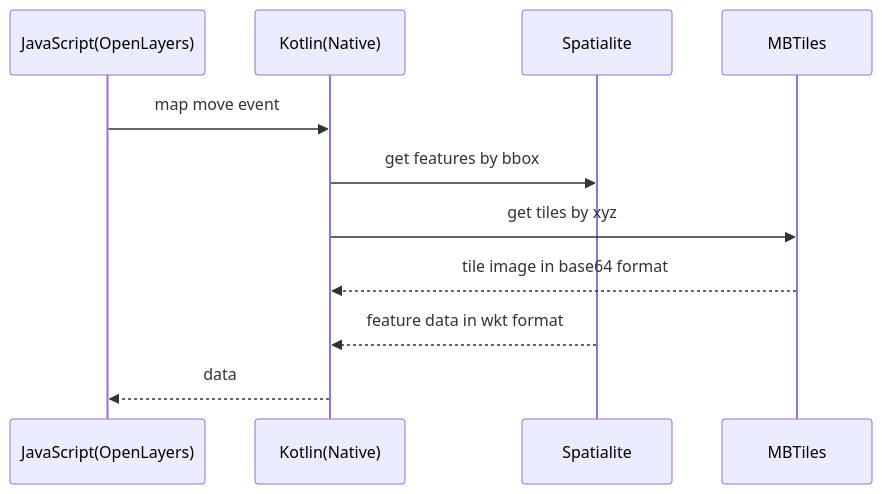
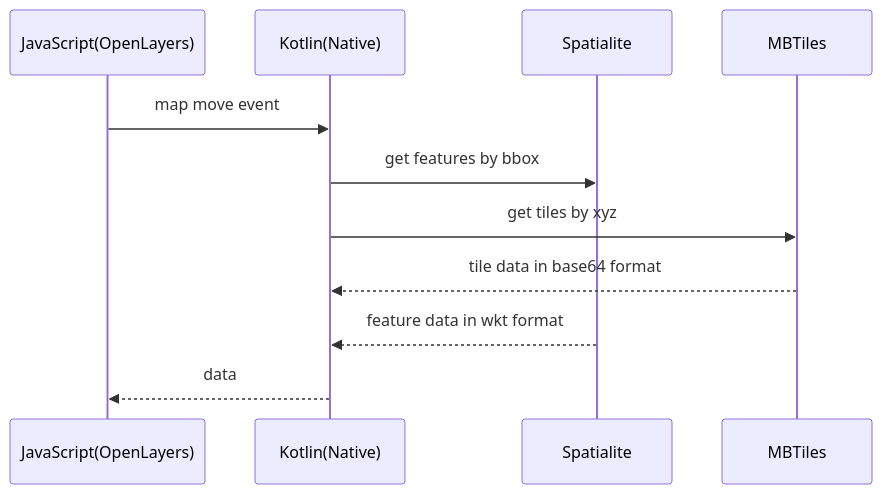
The diagram in README.md (MSBilgin/Spatialite-MBTiles-OpenLayers-Javascript-Kotlin), drawn with Mermaid before and after one commit.

````diff
--- a/README.md
+++ b/README.md
@@ -5,9 +5,9 @@
 ```mermaid
 sequenceDiagram
 JavaScript(OpenLayers) ->> Kotlin(Native): map move event
 Kotlin(Native)->>Spatialite: get features by bbox
 Kotlin(Native)->>MBTiles: get tiles by xyz
-MBTiles-->>Kotlin(Native): tile image in base64 format
+MBTiles-->>Kotlin(Native): tile data in base64 format
 Spatialite-->>Kotlin(Native): feature data in wkt format
 Kotlin(Native)-->>JavaScript(OpenLayers): data
 ```
````
